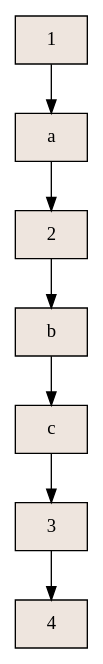
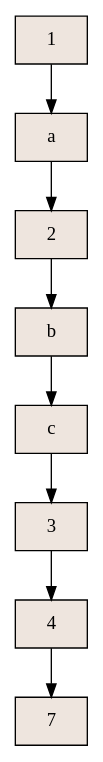
One commit to erickcontreras12/ProyectoFinal_PrograAvanzada2017 changed the diagram in aux_graficoSimple.dot. Above: the diagram before and after it, drawn with Graphviz. The commit also changed 6 other files, not shown here.

```diff
--- a/aux_graficoSimple.dot
+++ b/aux_graficoSimple.dot
@@ -1,17 +1,19 @@
 digraph grafica{
 rankdir=TB;
 node [shape = record, style=filled, fillcolor=seashell2];
 nodo1 [ label ="1"];
 nodoa [ label ="a"];
 nodo2 [ label ="2"];
 nodob [ label ="b"];
 nodoc [ label ="c"];
 nodo3 [ label ="3"];
 nodo4 [ label ="4"];
+nodo7 [ label ="7"];
+nodo4->nodo7
 nodo3->nodo4
 nodoc->nodo3
 nodob->nodoc
 nodo2->nodob
 nodoa->nodo2
 nodo1->nodoa
 }
```
